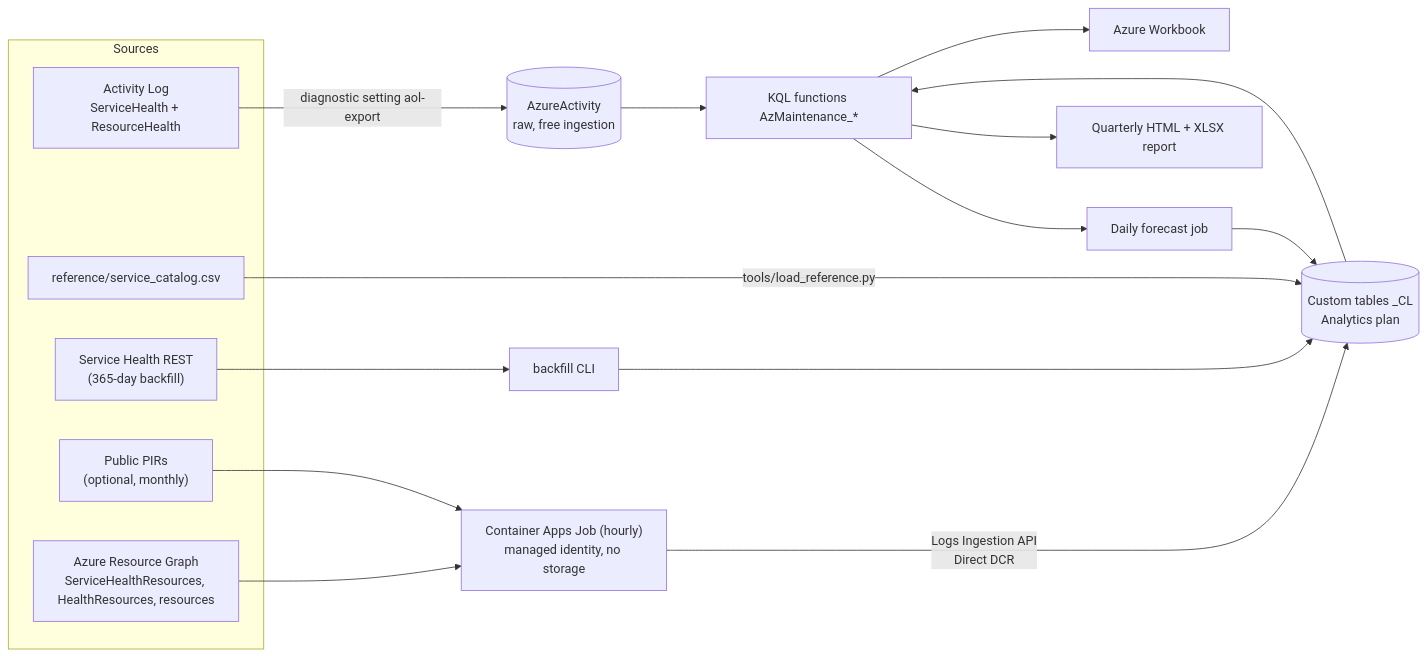
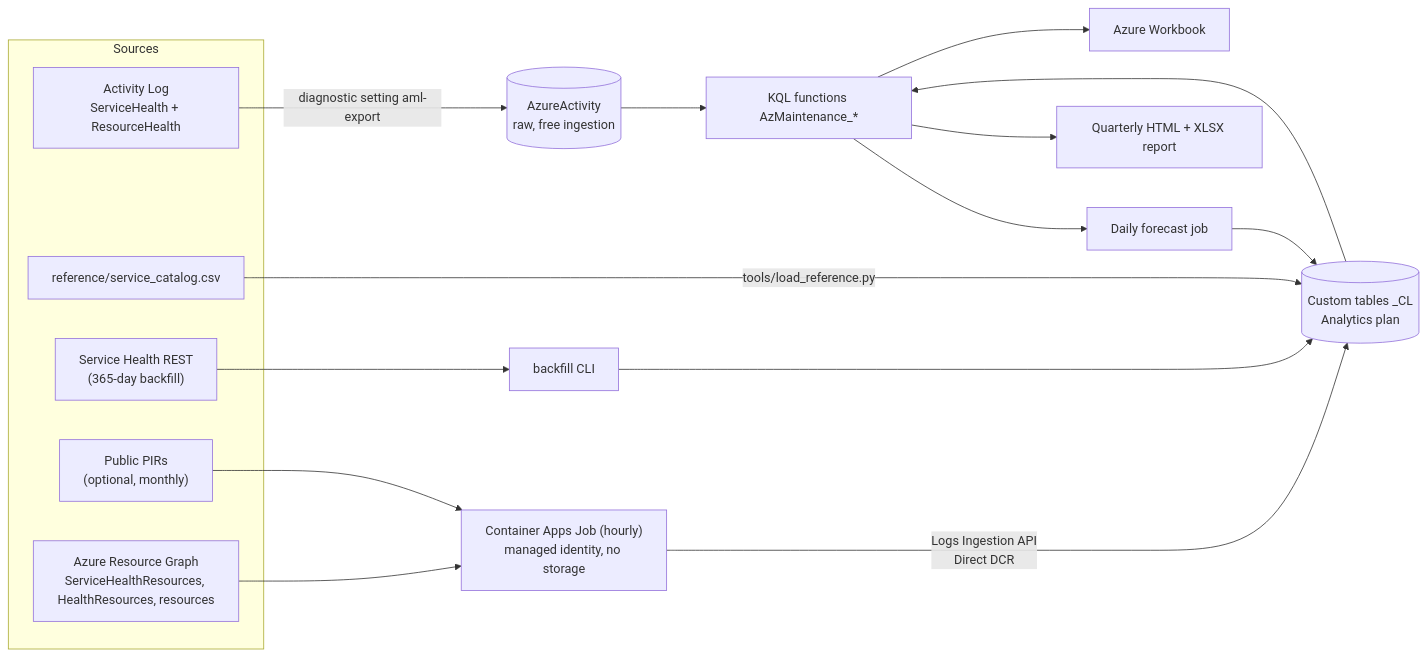
One commit to Saby007/azure-maintenance-ledger changed the diagram in README.md. Above: the diagram before and after it, drawn with Mermaid. The commit also changed other lines of this file and 42 other files, not shown here.

First line of the commit message:
Workbook: sparkline tiles, calendar heatmaps, honeycomb, click-through drill-down; rename AOL prefix to AML

````diff
--- a/README.md
+++ b/README.md
@@ -41,23 +41,23 @@
 ```mermaid
 flowchart LR
   subgraph Sources
     AL["Activity Log<br/>ServiceHealth + ResourceHealth"]
     ARG["Azure Resource Graph<br/>ServiceHealthResources, HealthResources, resources"]
     REST["Service Health REST<br/>(365-day backfill)"]
     PIR["Public PIRs<br/>(optional, monthly)"]
     REF["reference/service_catalog.csv"]
   end
-  AL -- "diagnostic setting aol-export" --> AA[("AzureActivity<br/>raw, free ingestion")]
+  AL -- "diagnostic setting aml-export" --> AA[("AzureActivity<br/>raw, free ingestion")]
   ARG --> FN["Container Apps Job (hourly)<br/>managed identity, no storage"]
   REST --> BF["backfill CLI"]
   PIR --> FN
   FN -- "Logs Ingestion API<br/>Direct DCR" --> T[("Custom tables _CL<br/>Analytics plan")]
   BF --> T
   REF -- "tools/load_reference.py" --> T
   AA --> F["KQL functions AzMaintenance_*"]
   T --> F
   F --> WB["Azure Workbook"]
   F --> FC["Daily forecast job"]
   FC --> T
   F --> RP["Quarterly HTML + XLSX report"]
 ```
````
